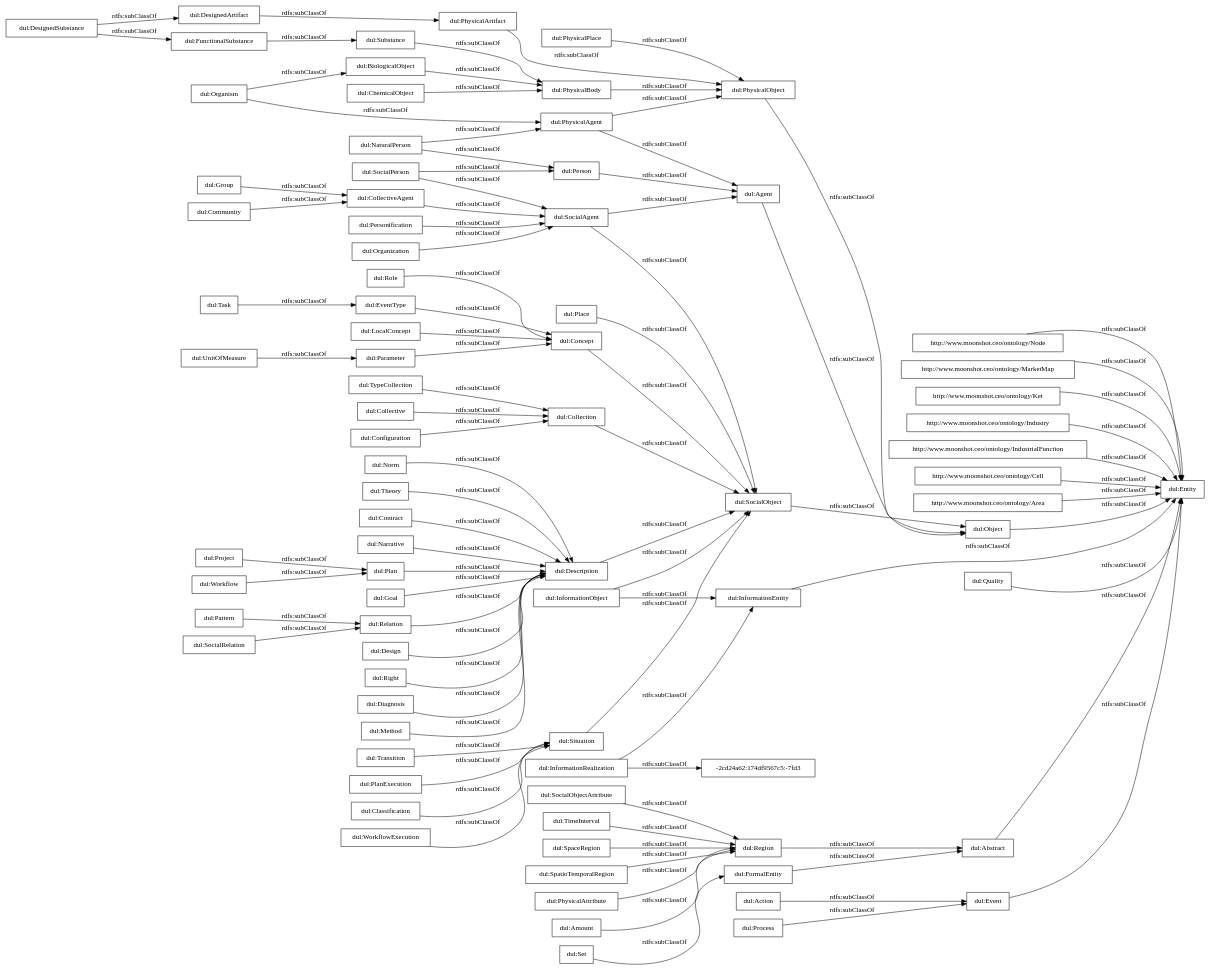
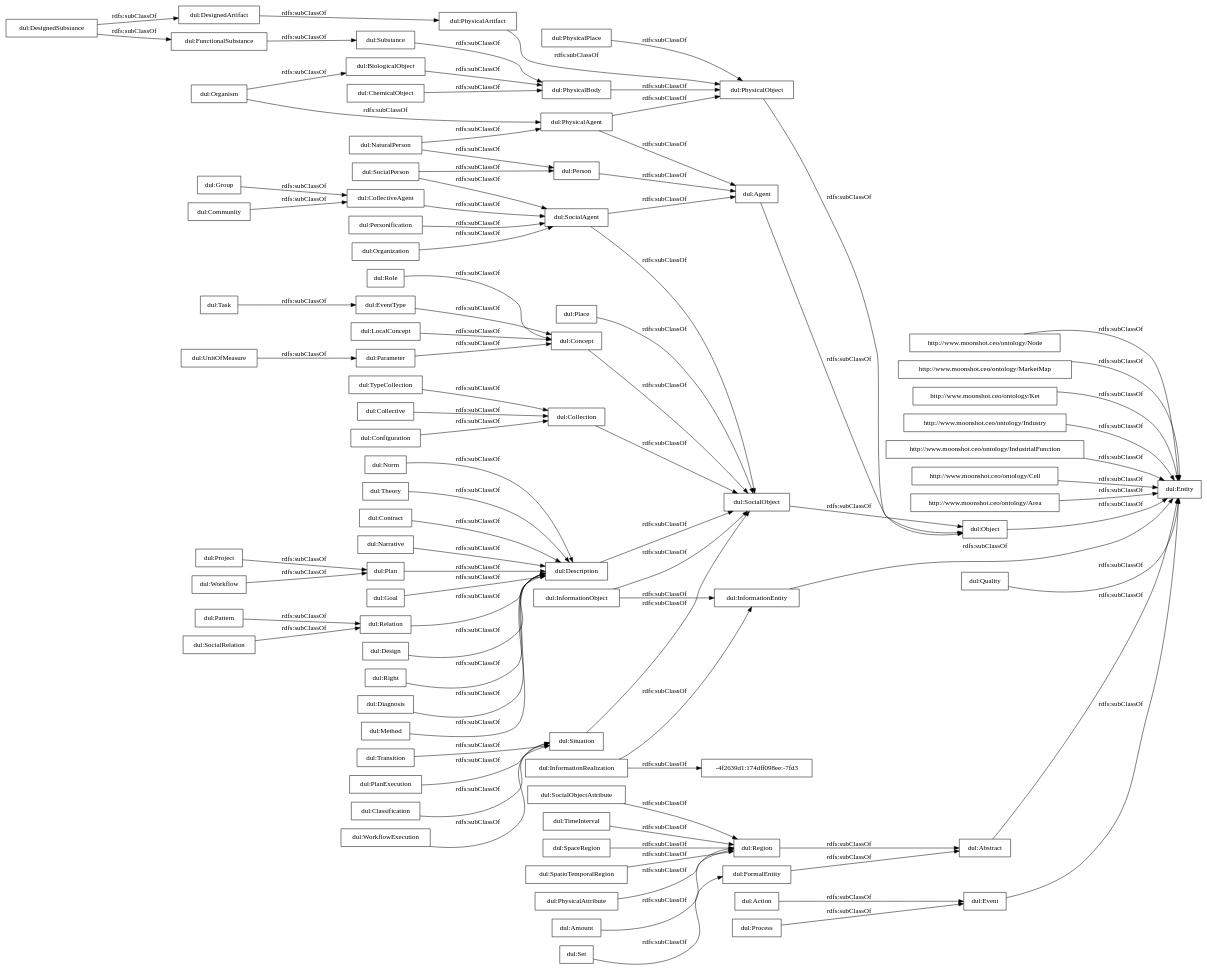
The diagram in OnToology/iebrain.ttl/diagrams/ar2dtool-taxonomy/iebrain.ttl.png.dot (oeg-upm/IEBrain), drawn with Graphviz before and after one commit. The commit also changed 5 other files, not shown here.

```diff
--- a/OnToology/iebrain.ttl/diagrams/ar2dtool-taxonomy/iebrain.ttl.png.dot
+++ b/OnToology/iebrain.ttl/diagrams/ar2dtool-taxonomy/iebrain.ttl.png.dot
@@ -1,95 +1,95 @@
 digraph ar2dtool_diagram { 
 rankdir=LR;
 size="1000"
-node [shape = rectangle, color="black"]; "http://www.moonshot.ceo/ontology/Node" "http://www.moonshot.ceo/ontology/MarketMap" "http://www.moonshot.ceo/ontology/Ket" "http://www.moonshot.ceo/ontology/Industry" "http://www.moonshot.ceo/ontology/IndustrialFunction" "http://www.moonshot.ceo/ontology/Cell" "http://www.moonshot.ceo/ontology/Area" "dul:Goal" "dul:FormalEntity" "dul:EventType" "dul:PhysicalBody" "dul:Object" "dul:Description" "dul:PhysicalAgent" "dul:Relation" "dul:Role" "dul:Entity" "dul:Organism" "dul:Personification" "dul:Situation" "-2cd24a62:174df9567c5:-7fd3" "dul:UnitOfMeasure" "dul:Abstract" "dul:SocialPerson" "dul:Transition" "dul:Collective" "dul:CollectiveAgent" "dul:Amount" "dul:Plan" "dul:Design" "dul:Process" "dul:SocialObjectAttribute" "dul:Right" "dul:Task" "dul:DesignedSubstance" "dul:BiologicalObject" "dul:Place" "dul:Quality" "dul:Action" "dul:SocialAgent" "dul:Configuration" "dul:Project" "dul:PlanExecution" "dul:Pattern" "dul:Diagnosis" "dul:Agent" "dul:Classification" "dul:Parameter" "dul:WorkflowExecution" "dul:SocialObject" "dul:Group" "dul:Community" "dul:FunctionalSubstance" "dul:PhysicalPlace" "dul:Method" "dul:Concept" "dul:SocialRelation" "dul:Event" "dul:DesignedArtifact" "dul:TimeInterval" "dul:Person" "dul:TypeCollection" "dul:SpaceRegion" "dul:PhysicalObject" "dul:SpatioTemporalRegion" "dul:Norm" "dul:InformationRealization" "dul:Theory" "dul:PhysicalAttribute" "dul:NaturalPerson" "dul:Workflow" "dul:InformationObject" "dul:ChemicalObject" "dul:Contract" "dul:Narrative" "dul:Collection" "dul:Substance" "dul:Region" "dul:InformationEntity" "dul:PhysicalArtifact" "dul:Organization" "dul:Set" "dul:LocalConcept" ; /*classes style*/
+node [shape = rectangle, color="black"]; "http://www.moonshot.ceo/ontology/Node" "http://www.moonshot.ceo/ontology/MarketMap" "http://www.moonshot.ceo/ontology/Ket" "http://www.moonshot.ceo/ontology/Industry" "http://www.moonshot.ceo/ontology/IndustrialFunction" "http://www.moonshot.ceo/ontology/Cell" "http://www.moonshot.ceo/ontology/Area" "dul:Goal" "dul:FormalEntity" "dul:EventType" "dul:PhysicalBody" "dul:Object" "dul:Description" "dul:PhysicalAgent" "dul:Relation" "dul:Role" "dul:Entity" "dul:Organism" "dul:Situation" "dul:Personification" "dul:UnitOfMeasure" "dul:Abstract" "dul:SocialPerson" "dul:Transition" "dul:Collective" "dul:CollectiveAgent" "dul:Amount" "dul:Plan" "dul:Design" "dul:Process" "dul:SocialObjectAttribute" "dul:Right" "dul:Task" "dul:DesignedSubstance" "dul:BiologicalObject" "dul:Place" "dul:Quality" "dul:Action" "dul:SocialAgent" "-4f2639d1:174dff098ee:-7fd3" "dul:Configuration" "dul:Project" "dul:PlanExecution" "dul:Pattern" "dul:Agent" "dul:Classification" "dul:Diagnosis" "dul:Parameter" "dul:WorkflowExecution" "dul:SocialObject" "dul:Group" "dul:Community" "dul:FunctionalSubstance" "dul:PhysicalPlace" "dul:Method" "dul:Concept" "dul:SocialRelation" "dul:DesignedArtifact" "dul:Event" "dul:TimeInterval" "dul:Person" "dul:TypeCollection" "dul:SpaceRegion" "dul:PhysicalObject" "dul:SpatioTemporalRegion" "dul:Norm" "dul:InformationRealization" "dul:Theory" "dul:PhysicalAttribute" "dul:NaturalPerson" "dul:Workflow" "dul:InformationObject" "dul:ChemicalObject" "dul:Contract" "dul:Narrative" "dul:Collection" "dul:Substance" "dul:Region" "dul:InformationEntity" "dul:PhysicalArtifact" "dul:Organization" "dul:Set" "dul:LocalConcept" ; /*classes style*/
 	"dul:CollectiveAgent" -> "dul:SocialAgent" [ label = "rdfs:subClassOf" ];
 	"dul:Region" -> "dul:Abstract" [ label = "rdfs:subClassOf" ];
 	"dul:TypeCollection" -> "dul:Collection" [ label = "rdfs:subClassOf" ];
 	"dul:PhysicalAttribute" -> "dul:Region" [ label = "rdfs:subClassOf" ];
 	"dul:Organization" -> "dul:SocialAgent" [ label = "rdfs:subClassOf" ];
 	"http://www.moonshot.ceo/ontology/Node" -> "dul:Entity" [ label = "rdfs:subClassOf" ];
 	"dul:Configuration" -> "dul:Collection" [ label = "rdfs:subClassOf" ];
 	"dul:Quality" -> "dul:Entity" [ label = "rdfs:subClassOf" ];
 	"dul:Description" -> "dul:SocialObject" [ label = "rdfs:subClassOf" ];
 	"dul:Community" -> "dul:CollectiveAgent" [ label = "rdfs:subClassOf" ];
 	"dul:Method" -> "dul:Description" [ label = "rdfs:subClassOf" ];
 	"dul:Concept" -> "dul:SocialObject" [ label = "rdfs:subClassOf" ];
 	"dul:Object" -> "dul:Entity" [ label = "rdfs:subClassOf" ];
 	"dul:Place" -> "dul:SocialObject" [ label = "rdfs:subClassOf" ];
 	"dul:PhysicalArtifact" -> "dul:PhysicalObject" [ label = "rdfs:subClassOf" ];
 	"dul:Organism" -> "dul:PhysicalAgent" [ label = "rdfs:subClassOf" ];
 	"dul:Organism" -> "dul:BiologicalObject" [ label = "rdfs:subClassOf" ];
 	"dul:Goal" -> "dul:Description" [ label = "rdfs:subClassOf" ];
 	"dul:FunctionalSubstance" -> "dul:Substance" [ label = "rdfs:subClassOf" ];
 	"dul:Role" -> "dul:Concept" [ label = "rdfs:subClassOf" ];
 	"dul:Collective" -> "dul:Collection" [ label = "rdfs:subClassOf" ];
 	"dul:InformationObject" -> "dul:SocialObject" [ label = "rdfs:subClassOf" ];
 	"dul:InformationObject" -> "dul:InformationEntity" [ label = "rdfs:subClassOf" ];
 	"dul:UnitOfMeasure" -> "dul:Parameter" [ label = "rdfs:subClassOf" ];
 	"dul:SocialObjectAttribute" -> "dul:Region" [ label = "rdfs:subClassOf" ];
 	"dul:WorkflowExecution" -> "dul:Situation" [ label = "rdfs:subClassOf" ];
 	"dul:Right" -> "dul:Description" [ label = "rdfs:subClassOf" ];
 	"dul:Task" -> "dul:EventType" [ label = "rdfs:subClassOf" ];
 	"dul:Set" -> "dul:FormalEntity" [ label = "rdfs:subClassOf" ];
 	"dul:DesignedSubstance" -> "dul:FunctionalSubstance" [ label = "rdfs:subClassOf" ];
 	"dul:DesignedSubstance" -> "dul:DesignedArtifact" [ label = "rdfs:subClassOf" ];
 	"dul:SocialObject" -> "dul:Object" [ label = "rdfs:subClassOf" ];
 	"dul:Parameter" -> "dul:Concept" [ label = "rdfs:subClassOf" ];
-	"dul:InformationRealization" -> "-2cd24a62:174df9567c5:-7fd3" [ label = "rdfs:subClassOf" ];
+	"dul:InformationRealization" -> "-4f2639d1:174dff098ee:-7fd3" [ label = "rdfs:subClassOf" ];
 	"dul:InformationRealization" -> "dul:InformationEntity" [ label = "rdfs:subClassOf" ];
 	"dul:Substance" -> "dul:PhysicalBody" [ label = "rdfs:subClassOf" ];
 	"dul:Event" -> "dul:Entity" [ label = "rdfs:subClassOf" ];
 	"dul:PhysicalAgent" -> "dul:PhysicalObject" [ label = "rdfs:subClassOf" ];
 	"dul:PhysicalAgent" -> "dul:Agent" [ label = "rdfs:subClassOf" ];
 	"http://www.moonshot.ceo/ontology/Area" -> "dul:Entity" [ label = "rdfs:subClassOf" ];
 	"dul:Project" -> "dul:Plan" [ label = "rdfs:subClassOf" ];
 	"dul:PhysicalObject" -> "dul:Object" [ label = "rdfs:subClassOf" ];
 	"dul:Action" -> "dul:Event" [ label = "rdfs:subClassOf" ];
 	"dul:Situation" -> "dul:SocialObject" [ label = "rdfs:subClassOf" ];
 	"dul:Design" -> "dul:Description" [ label = "rdfs:subClassOf" ];
 	"dul:EventType" -> "dul:Concept" [ label = "rdfs:subClassOf" ];
 	"dul:Classification" -> "dul:Situation" [ label = "rdfs:subClassOf" ];
 	"http://www.moonshot.ceo/ontology/IndustrialFunction" -> "dul:Entity" [ label = "rdfs:subClassOf" ];
 	"dul:Workflow" -> "dul:Plan" [ label = "rdfs:subClassOf" ];
 	"dul:Pattern" -> "dul:Relation" [ label = "rdfs:subClassOf" ];
 	"dul:Transition" -> "dul:Situation" [ label = "rdfs:subClassOf" ];
 	"dul:Norm" -> "dul:Description" [ label = "rdfs:subClassOf" ];
 	"dul:Person" -> "dul:Agent" [ label = "rdfs:subClassOf" ];
 	"http://www.moonshot.ceo/ontology/Ket" -> "dul:Entity" [ label = "rdfs:subClassOf" ];
 	"http://www.moonshot.ceo/ontology/Cell" -> "dul:Entity" [ label = "rdfs:subClassOf" ];
 	"dul:Contract" -> "dul:Description" [ label = "rdfs:subClassOf" ];
 	"dul:PhysicalPlace" -> "dul:PhysicalObject" [ label = "rdfs:subClassOf" ];
 	"dul:Relation" -> "dul:Description" [ label = "rdfs:subClassOf" ];
 	"dul:SocialRelation" -> "dul:Relation" [ label = "rdfs:subClassOf" ];
 	"dul:PlanExecution" -> "dul:Situation" [ label = "rdfs:subClassOf" ];
 	"http://www.moonshot.ceo/ontology/MarketMap" -> "dul:Entity" [ label = "rdfs:subClassOf" ];
 	"dul:LocalConcept" -> "dul:Concept" [ label = "rdfs:subClassOf" ];
 	"dul:FormalEntity" -> "dul:Abstract" [ label = "rdfs:subClassOf" ];
 	"dul:PhysicalBody" -> "dul:PhysicalObject" [ label = "rdfs:subClassOf" ];
 	"http://www.moonshot.ceo/ontology/Industry" -> "dul:Entity" [ label = "rdfs:subClassOf" ];
 	"dul:BiologicalObject" -> "dul:PhysicalBody" [ label = "rdfs:subClassOf" ];
 	"dul:SocialPerson" -> "dul:SocialAgent" [ label = "rdfs:subClassOf" ];
 	"dul:SocialPerson" -> "dul:Person" [ label = "rdfs:subClassOf" ];
 	"dul:NaturalPerson" -> "dul:PhysicalAgent" [ label = "rdfs:subClassOf" ];
 	"dul:NaturalPerson" -> "dul:Person" [ label = "rdfs:subClassOf" ];
 	"dul:TimeInterval" -> "dul:Region" [ label = "rdfs:subClassOf" ];
 	"dul:Collection" -> "dul:SocialObject" [ label = "rdfs:subClassOf" ];
 	"dul:InformationEntity" -> "dul:Entity" [ label = "rdfs:subClassOf" ];
 	"dul:SpatioTemporalRegion" -> "dul:Region" [ label = "rdfs:subClassOf" ];
 	"dul:Personification" -> "dul:SocialAgent" [ label = "rdfs:subClassOf" ];
 	"dul:DesignedArtifact" -> "dul:PhysicalArtifact" [ label = "rdfs:subClassOf" ];
 	"dul:ChemicalObject" -> "dul:PhysicalBody" [ label = "rdfs:subClassOf" ];
 	"dul:Narrative" -> "dul:Description" [ label = "rdfs:subClassOf" ];
 	"dul:Process" -> "dul:Event" [ label = "rdfs:subClassOf" ];
 	"dul:Theory" -> "dul:Description" [ label = "rdfs:subClassOf" ];
 	"dul:Abstract" -> "dul:Entity" [ label = "rdfs:subClassOf" ];
 	"dul:SpaceRegion" -> "dul:Region" [ label = "rdfs:subClassOf" ];
 	"dul:Plan" -> "dul:Description" [ label = "rdfs:subClassOf" ];
 	"dul:Group" -> "dul:CollectiveAgent" [ label = "rdfs:subClassOf" ];
 	"dul:SocialAgent" -> "dul:SocialObject" [ label = "rdfs:subClassOf" ];
 	"dul:SocialAgent" -> "dul:Agent" [ label = "rdfs:subClassOf" ];
 	"dul:Diagnosis" -> "dul:Description" [ label = "rdfs:subClassOf" ];
 	"dul:Agent" -> "dul:Object" [ label = "rdfs:subClassOf" ];
 	"dul:Amount" -> "dul:Region" [ label = "rdfs:subClassOf" ];
 
 }
```
